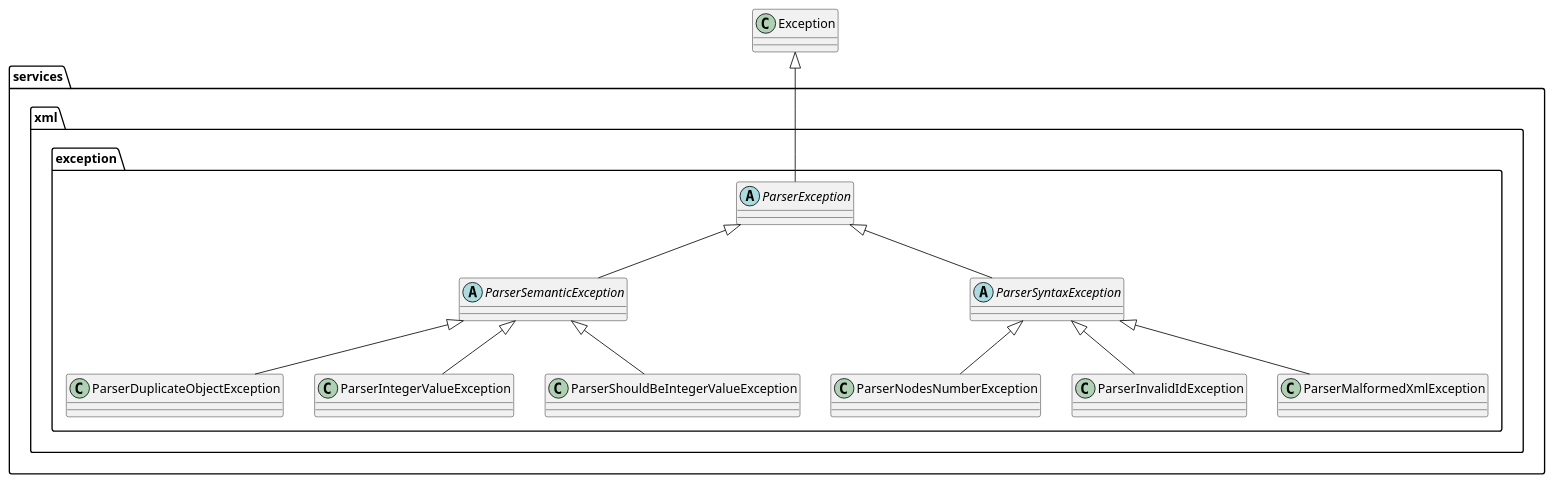
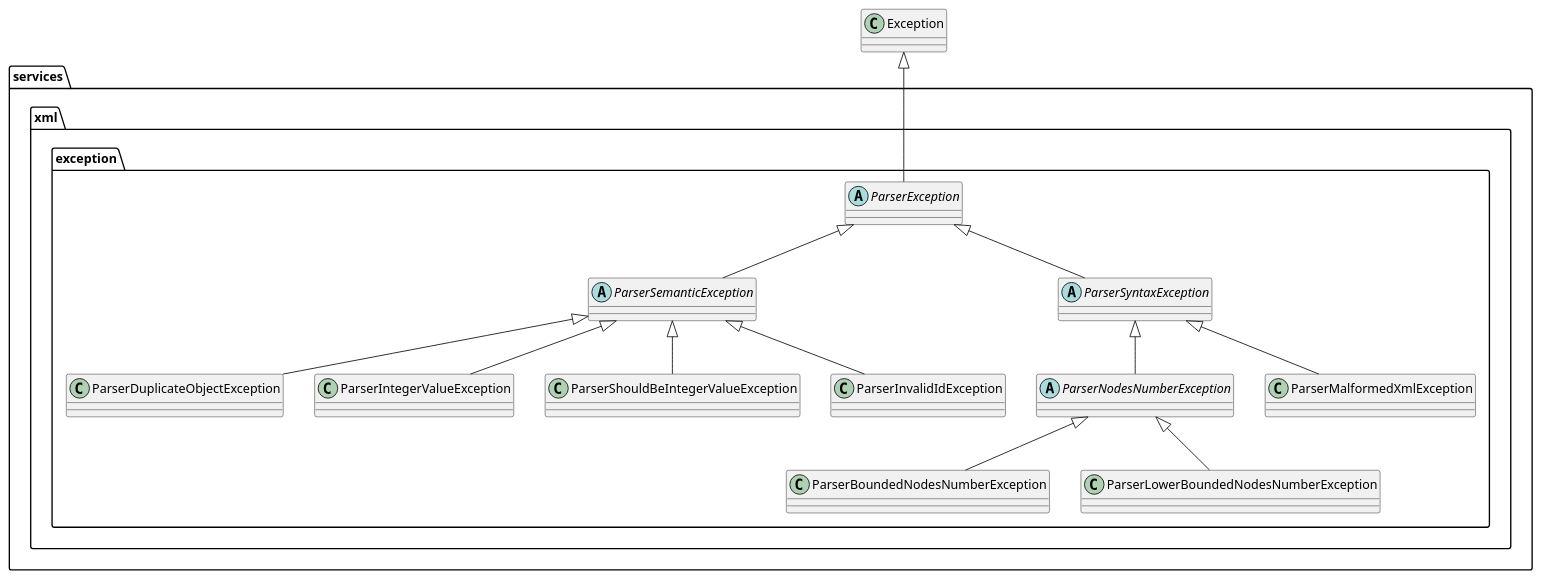
One commit to if-h4102/pld-agile changed the diagram in docs/uml/package.services.xml.exception.puml. Above: the diagram before and after it, drawn with PlantUML. The commit also changed 8 other files, not shown here.

```diff
--- a/docs/uml/package.services.xml.exception.puml
+++ b/docs/uml/package.services.xml.exception.puml
@@ -1,30 +1,37 @@
 class Exception
 package services.xml.exception {
 
     abstract class ParserException
     abstract class ParserSemanticException
     abstract class ParserSyntaxException
     
     abstract class ParserSemanticException
     class ParserDuplicateObjectException
     class ParserIntegerValueException
     class ParserShouldBeIntegerValueException
     
     abstract class ParserSyntaxException
-    class ParserNodesNumberException
+    abstract class ParserNodesNumberException
     class ParserInvalidIdException
     class ParserMalformedXmlException
+    
+    abstract class ParserNodesNumberException
+    class ParserBoundedNodesNumberException
+    class ParserLowerBoundedNodesNumberException
     
     Exception <|-- ParserException
     
     ParserException <|-- ParserSyntaxException
     ParserException <|-- ParserSemanticException
     
     ParserSemanticException <|-- ParserDuplicateObjectException
     ParserSemanticException <|-- ParserIntegerValueException
     ParserSemanticException <|-- ParserShouldBeIntegerValueException
+    ParserSemanticException <|-- ParserInvalidIdException
     
     ParserSyntaxException <|-- ParserNodesNumberException
-    ParserSyntaxException <|-- ParserInvalidIdException
     ParserSyntaxException <|-- ParserMalformedXmlException
+    
+    ParserNodesNumberException <|-- ParserBoundedNodesNumberException
+    ParserNodesNumberException <|-- ParserLowerBoundedNodesNumberException
 }
```
